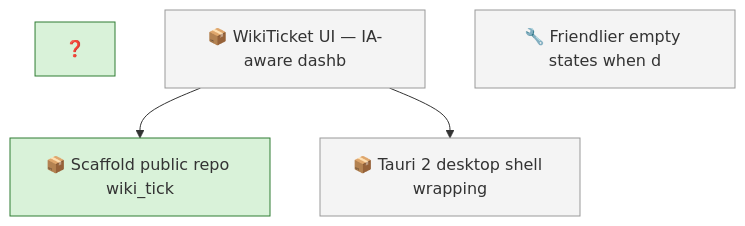
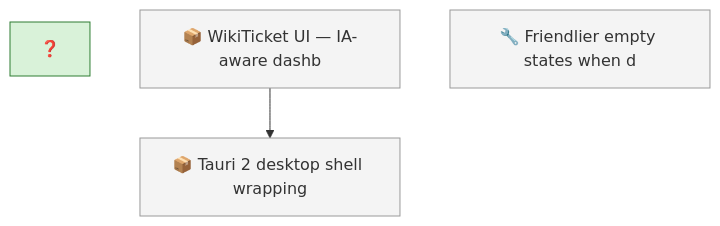
The first of 2 diagrams in docs/roadmap.md (SpillwaveSolutions/wiki_ticket_sdd_ui), drawn with Mermaid before and after one commit. The commit also changed other lines of this file and 6 other files, not shown here.

````diff
--- a/docs/roadmap.md
+++ b/docs/roadmap.md
@@ -60,14 +53,12 @@
 ```mermaid
 graph TD
     01KY5ZZX["❓ "]
-    01KY5ZZX8Y6N7E5YQYP4X1V7VA["📦 Scaffold public repo wiki_tick"]
     01KY5ZZX8YXD5YDJKQGJ3VCCHN["📦 WikiTicket UI — IA-aware dashb"]
     01KY5ZZX8Z46K7BCSPPFKN23JZ["📦 Tauri 2 desktop shell wrapping"]
     01KY67KXG4E4D2P1FJ6JPKTYX3["🔧 Friendlier empty states when d"]
-    01KY5ZZX8YXD5YDJKQGJ3VCCHN --> 01KY5ZZX8Y6N7E5YQYP4X1V7VA
     01KY5ZZX8YXD5YDJKQGJ3VCCHN --> 01KY5ZZX8Z46K7BCSPPFKN23JZ
     classDef todo fill:#f4f4f4,stroke:#999999
     class 01KY5ZZX8YXD5YDJKQGJ3VCCHN,01KY5ZZX8Z46K7BCSPPFKN23JZ,01KY67KXG4E4D2P1FJ6JPKTYX3 todo
     classDef in_progress fill:#d9f2d9,stroke:#2e7d32
-    class 01KY5ZZX,01KY5ZZX8Y6N7E5YQYP4X1V7VA in_progress
+    class 01KY5ZZX in_progress
 ```
````
